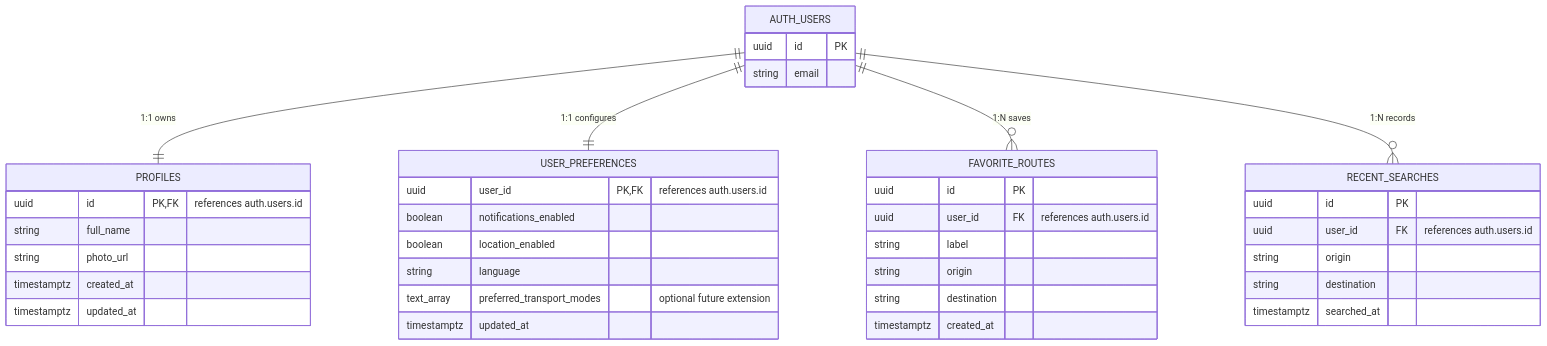
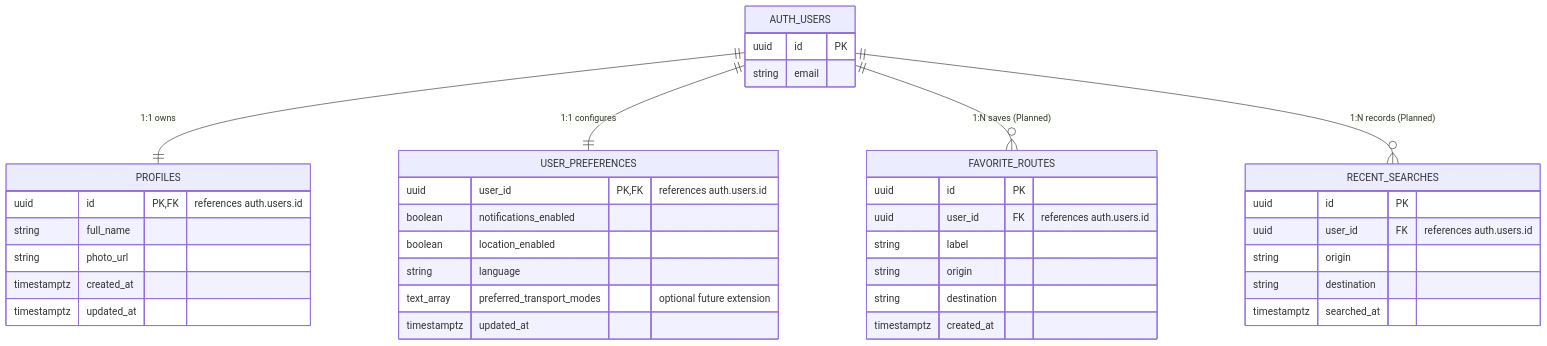
One commit to yanlok/smartroute changed the diagram in docs/database.md. Above: the diagram before and after it, drawn with Mermaid. The commit also changed other lines of this file and 3 other files, not shown here.

````diff
--- a/docs/database.md
+++ b/docs/database.md
@@ -34,46 +44,46 @@
 ```mermaid
 erDiagram
     AUTH_USERS ||--|| PROFILES : "1:1 owns"
     AUTH_USERS ||--|| USER_PREFERENCES : "1:1 configures"
-    AUTH_USERS ||--o{ FAVORITE_ROUTES : "1:N saves"
-    AUTH_USERS ||--o{ RECENT_SEARCHES : "1:N records"
+    AUTH_USERS ||--o{ FAVORITE_ROUTES : "1:N saves (Planned)"
+    AUTH_USERS ||--o{ RECENT_SEARCHES : "1:N records (Planned)"
 
     AUTH_USERS {
         uuid id PK
         string email
     }
 
     PROFILES {
         uuid id PK,FK "references auth.users.id"
         string full_name
         string photo_url
         timestamptz created_at
         timestamptz updated_at
     }
 
     USER_PREFERENCES {
         uuid user_id PK,FK "references auth.users.id"
         boolean notifications_enabled
         boolean location_enabled
         string language
         text_array preferred_transport_modes "optional future extension"
         timestamptz updated_at
     }
 
     FAVORITE_ROUTES {
         uuid id PK
         uuid user_id FK "references auth.users.id"
         string label
         string origin
         string destination
         timestamptz created_at
     }
 
     RECENT_SEARCHES {
         uuid id PK
         uuid user_id FK "references auth.users.id"
         string origin
         string destination
         timestamptz searched_at
     }
 ```
````
